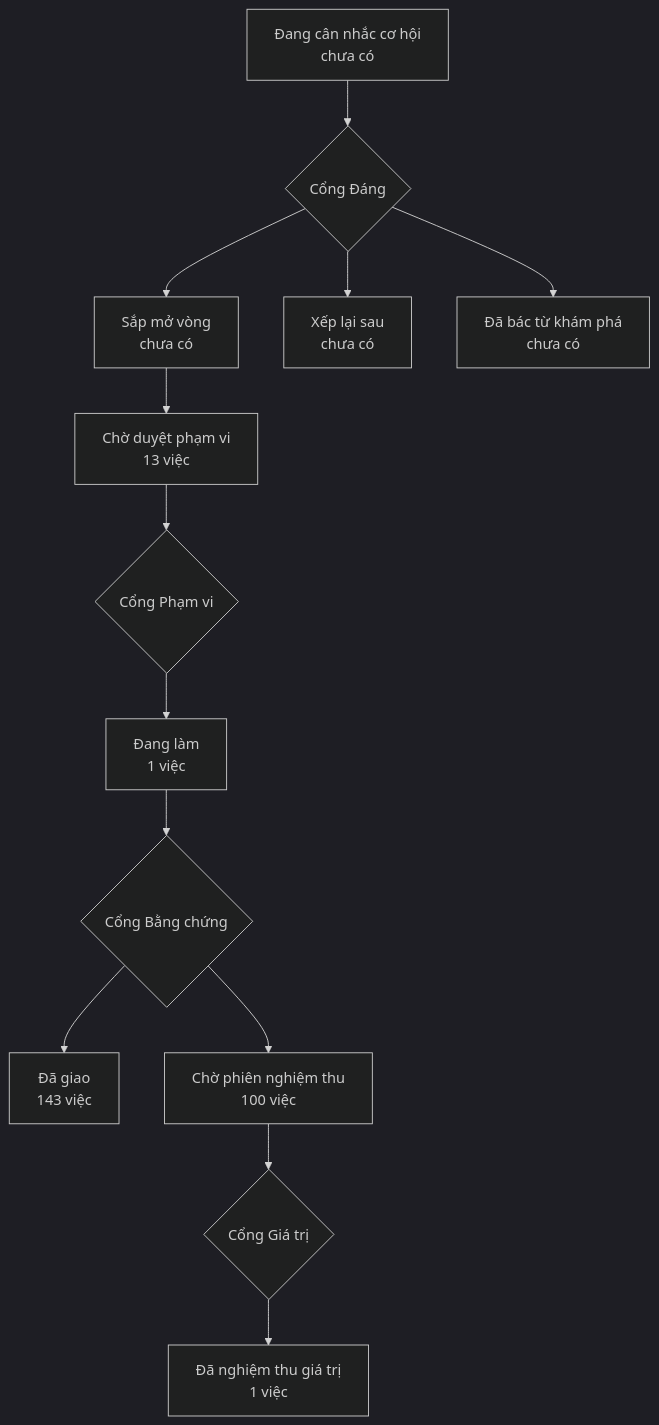
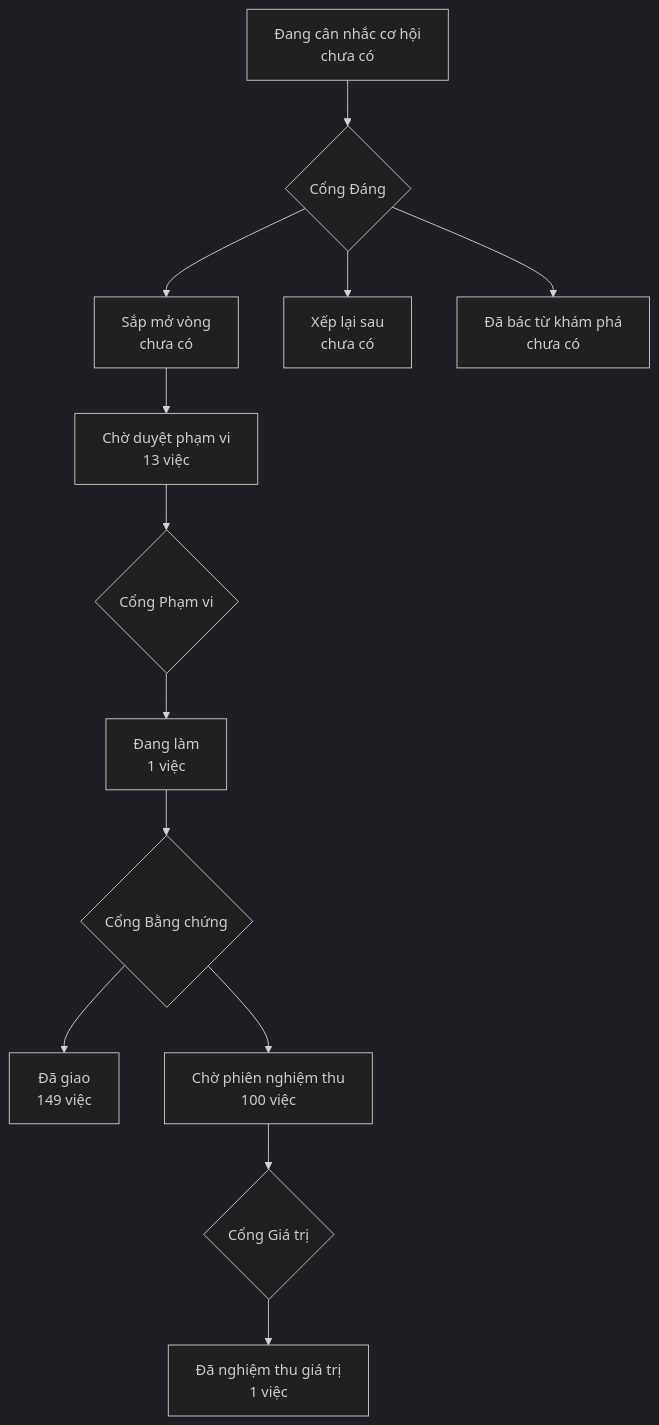
One commit to phanlemanh/onehub-invest changed the diagram in PRODUCT-MAP.md. Above: the diagram before and after it, drawn with Mermaid (dark theme). The commit also changed other lines of this file and 24 other files, not shown here.

````diff
--- a/PRODUCT-MAP.md
+++ b/PRODUCT-MAP.md
@@ -7,12 +7,12 @@
 ```mermaid
 flowchart TD
   A["Đang cân nhắc cơ hội<br/>chưa có"] --> GD{"Cổng Đáng"}
   GD --> B["Sắp mở vòng<br/>chưa có"]
   GD --> XL["Xếp lại sau<br/>chưa có"]
   GD --> DB["Đã bác từ khám phá<br/>chưa có"]
   B --> CD["Chờ duyệt phạm vi<br/>13 việc"] --> GP{"Cổng Phạm vi"}
   GP --> DL["Đang làm<br/>1 việc"] --> GB{"Cổng Bằng chứng"}
-  GB --> DG["Đã giao<br/>143 việc"]
+  GB --> DG["Đã giao<br/>149 việc"]
   GB --> CN["Chờ phiên nghiệm thu<br/>100 việc"] --> GG{"Cổng Giá trị"}
   GG --> NT["Đã nghiệm thu giá trị<br/>1 việc"]
 ```
````
